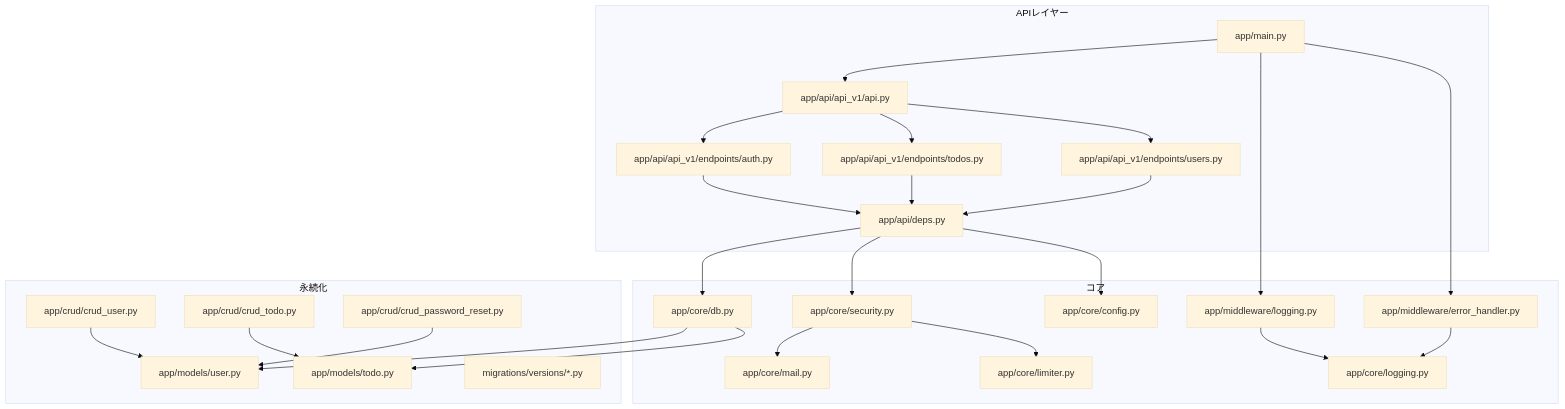
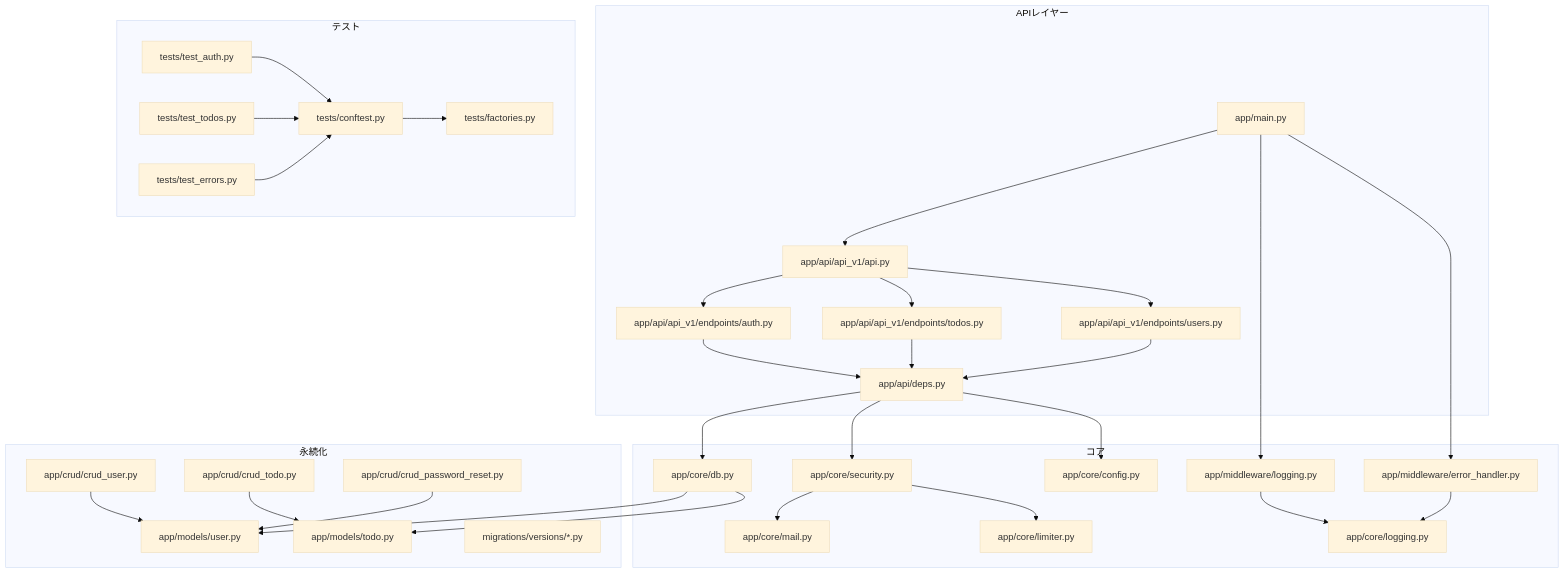
One commit to ss8806/Todos changed the first of 8 diagrams in .qoder/repowiki/ja/content/バックエンドアーキテクチャ/バックエンドアーキテクチャ.md. Above: the diagram before and after it, drawn with Mermaid (base theme). The commit also changed other lines of this file and 35 other files, not shown here.

````diff
--- a/.qoder/repowiki/ja/content/バックエンドアーキテクチャ/バックエンドアーキテクチャ.md
+++ b/.qoder/repowiki/ja/content/バックエンドアーキテクチャ/バックエンドアーキテクチャ.md
@@ -78,50 +87,61 @@
 ```mermaid
 graph TB
 subgraph "APIレイヤー"
 MAIN["app/main.py"]
 API_V1["app/api/api_v1/api.py"]
 END_AUTH["app/api/api_v1/endpoints/auth.py"]
 END_TODOS["app/api/api_v1/endpoints/todos.py"]
 END_USERS["app/api/api_v1/endpoints/users.py"]
 DEPS["app/api/deps.py"]
 end
 subgraph "コア"
 CONFIG["app/core/config.py"]
 DB["app/core/db.py"]
 SEC["app/core/security.py"]
 LOG_CORE["app/core/logging.py"]
 LOG_MW["app/middleware/logging.py"]
 ERR_MW["app/middleware/error_handler.py"]
 MAIL["app/core/mail.py"]
 LIMITER["app/core/limiter.py"]
 end
 subgraph "永続化"
 MODELS_USER["app/models/user.py"]
 MODELS_TODO["app/models/todo.py"]
 CRUD_USER["app/crud/crud_user.py"]
 CRUD_TODO["app/crud/crud_todo.py"]
 CRUD_RESET["app/crud/crud_password_reset.py"]
 MIGRATIONS["migrations/versions/*.py"]
 end
+subgraph "テスト"
+TEST_AUTH["tests/test_auth.py"]
+TEST_TODOS["tests/test_todos.py"]
+TEST_ERRORS["tests/test_errors.py"]
+TEST_CONFTEST["tests/conftest.py"]
+TEST_FACTORIES["tests/factories.py"]
+end
 MAIN --> API_V1
 API_V1 --> END_AUTH
 API_V1 --> END_TODOS
 API_V1 --> END_USERS
 END_AUTH --> DEPS
 END_TODOS --> DEPS
 END_USERS --> DEPS
 DEPS --> DB
 DEPS --> SEC
 DEPS --> CONFIG
 DB --> MODELS_USER
 DB --> MODELS_TODO
 CRUD_USER --> MODELS_USER
 CRUD_TODO --> MODELS_TODO
 CRUD_RESET --> MODELS_USER
 MAIN --> LOG_MW
 MAIN --> ERR_MW
 LOG_MW --> LOG_CORE
 ERR_MW --> LOG_CORE
 SEC --> MAIL
 SEC --> LIMITER
+TEST_AUTH --> TEST_CONFTEST
+TEST_TODOS --> TEST_CONFTEST
+TEST_ERRORS --> TEST_CONFTEST
+TEST_CONFTEST --> TEST_FACTORIES
 ```
````
